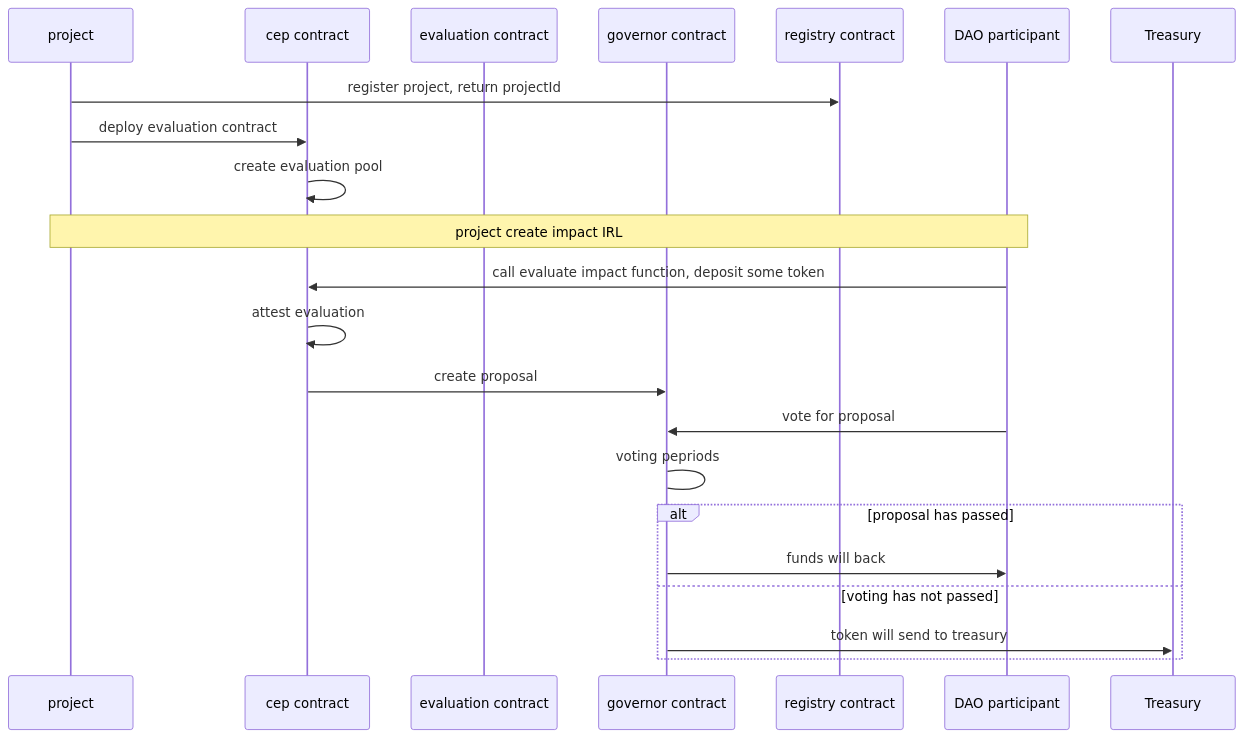
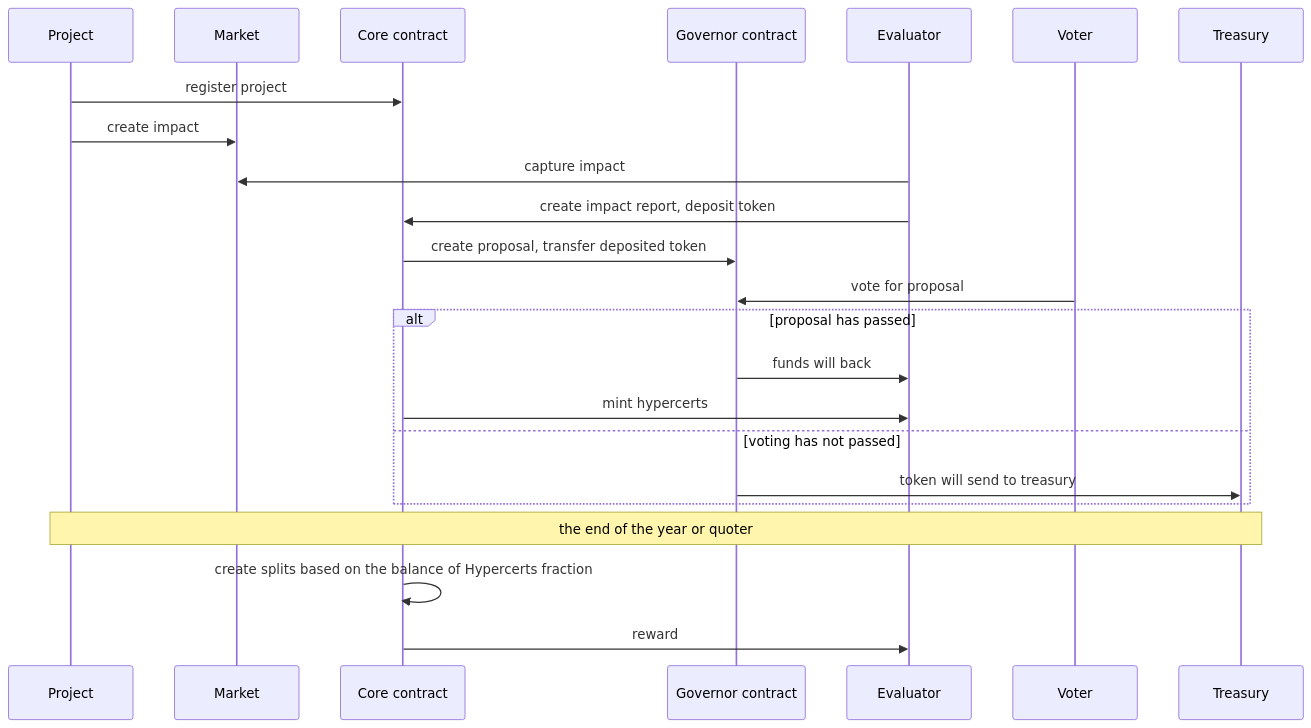
One commit to tnkshuuhei/ies-contracts changed the diagram in README.md. Above: the diagram before and after it, drawn with Mermaid. The commit also changed other lines of this file, not shown here.

Commit message:
update Sequencediagram

````diff
--- a/README.md
+++ b/README.md
@@ -14,25 +14,26 @@
 ```mermaid
 sequenceDiagram
-participant p as project
-participant c as cep contract
-participant e as evaluation contract
-participant g as governor contract
-participant r as registry contract
-participant d as DAO participant
+participant p as Project
+participant m as Market
+participant c as Core contract
+participant g as Governor contract
+participant e as Evaluator
+participant v as Voter
 participant t as Treasury
 
-p->>r : register project, return projectId
-p->>c : deploy evaluation contract
-c->>c: create evaluation pool
-note over p, d: project create impact IRL
-d->>c: call evaluate impact function, deposit some token
-c->>c: attest evaluation
-c->>g: create proposal
-d->> g: vote for proposal
-g->g: voting pepriods
+p->>c : register project
+p->>m : create impact
+e->>m : capture impact
+e->>c : create impact report, deposit token
+c->>g : create proposal, transfer deposited token
+v->>g : vote for proposal
 alt proposal has passed
-g->>d: funds will back
+g->>e: funds will back
+c->>e: mint hypercerts
 else voting has not passed
 g->>t: token will send to treasury
 end
+note over p, t: the end of the year or quoter
+c->>c: create splits based on the balance of Hypercerts fraction
+c->>e: reward
 ```
````
